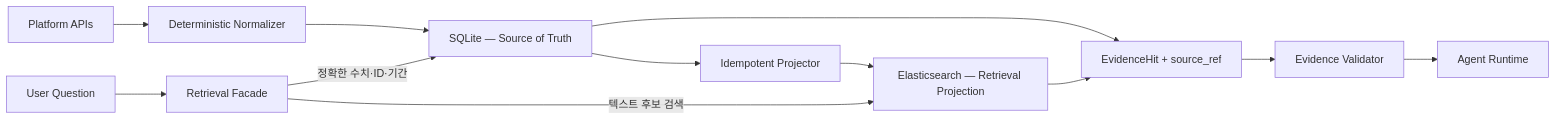
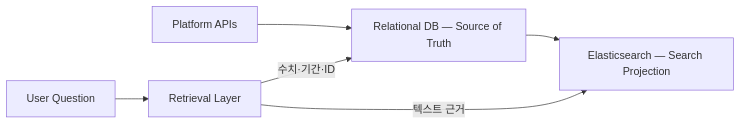
One commit to bbororo5/google_rapid_agent_hackaton changed the diagram in docs/rebuild/adr/0001-retrieval-storage-strategy.md. Above: the diagram before and after it, drawn with Mermaid. The commit also changed other lines of this file, not shown here.

Commit message:
docs: condense retrieval storage ADR

````diff
--- a/docs/rebuild/adr/0001-retrieval-storage-strategy.md
+++ b/docs/rebuild/adr/0001-retrieval-storage-strategy.md
@@ -60,15 +27,8 @@
 ```mermaid
 flowchart LR
-    API["Platform APIs"] --> N["Deterministic Normalizer"]
-    N --> SQL["SQLite — Source of Truth"]
-    SQL --> P["Idempotent Projector"]
-    P --> ES["Elasticsearch — Retrieval Projection"]
-
-    Q["User Question"] --> R["Retrieval Facade"]
-    R -->|"정확한 수치·ID·기간"| SQL
-    R -->|"텍스트 후보 검색"| ES
-    SQL --> H["EvidenceHit + source_ref"]
-    ES --> H
-    H --> V["Evidence Validator"]
-    V --> A["Agent Runtime"]
+    API["Platform APIs"] --> DB["Relational DB — Source of Truth"]
+    DB --> ES["Elasticsearch — Search Projection"]
+    Q["User Question"] --> R["Retrieval Layer"]
+    R -->|"수치·기간·ID"| DB
+    R -->|"텍스트 근거"| ES
 ```
````
